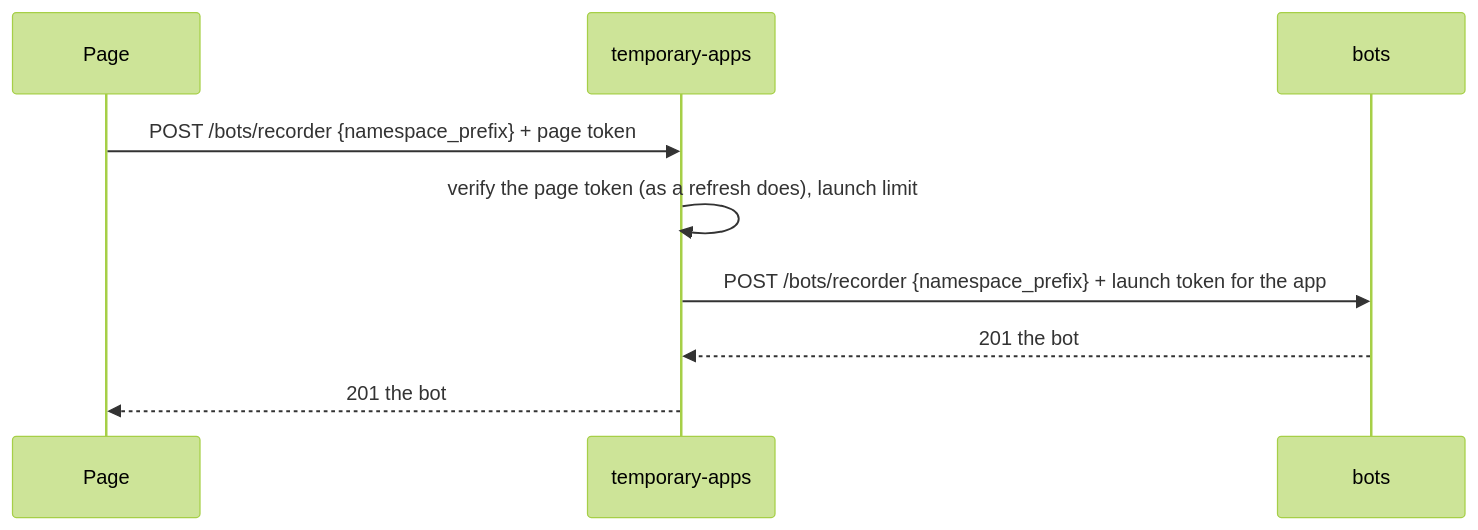
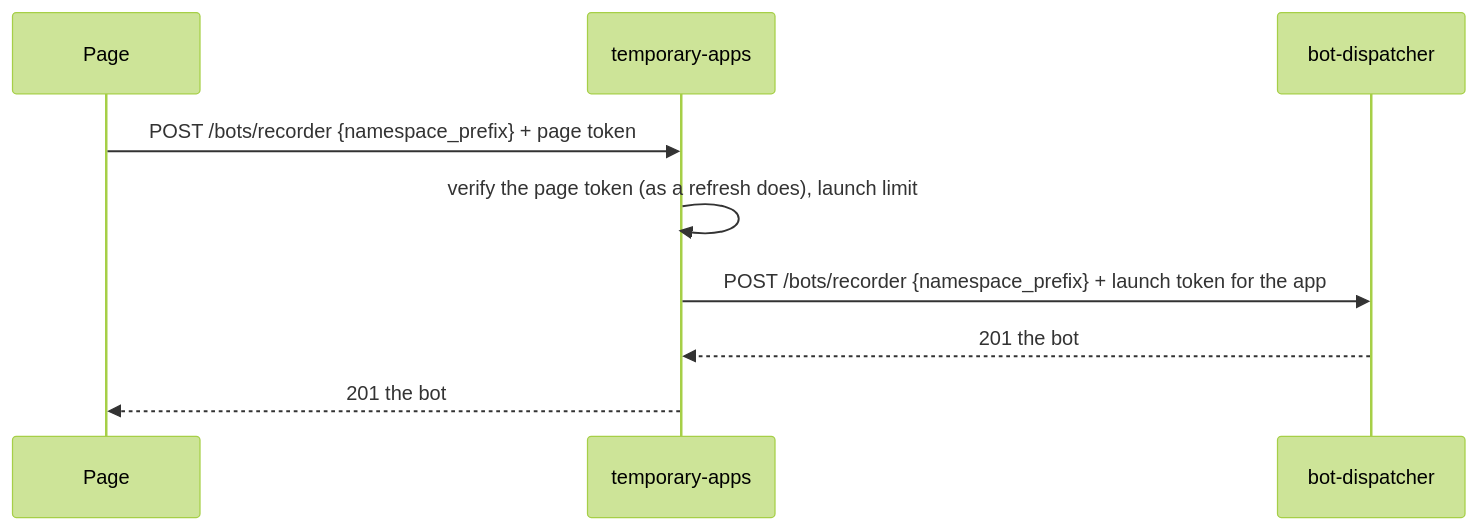
The diagram in docs/architecture/temporary-apps/architecture.md (nttcom/moq-wasm), drawn with Mermaid (forest theme) before and after one commit. The commit also changed other lines of this file and 81 other files, not shown here.

First line of the commit message:
refactor(bot-dispatcher): rename the bots service to bot-dispatcher (#1809)

````diff
--- a/docs/architecture/temporary-apps/architecture.md
+++ b/docs/architecture/temporary-apps/architecture.md
@@ -37,11 +37,11 @@
 ```mermaid
 sequenceDiagram
     participant P as Page
     participant T as temporary-apps
-    participant B as bots
+    participant B as bot-dispatcher
     P->>T: POST /bots/recorder {namespace_prefix} + page token
     T->>T: verify the page token (as a refresh does), launch limit
     T->>B: POST /bots/recorder {namespace_prefix} + launch token for the app
     B-->>T: 201 the bot
     T-->>P: 201 the bot
 ```
````
